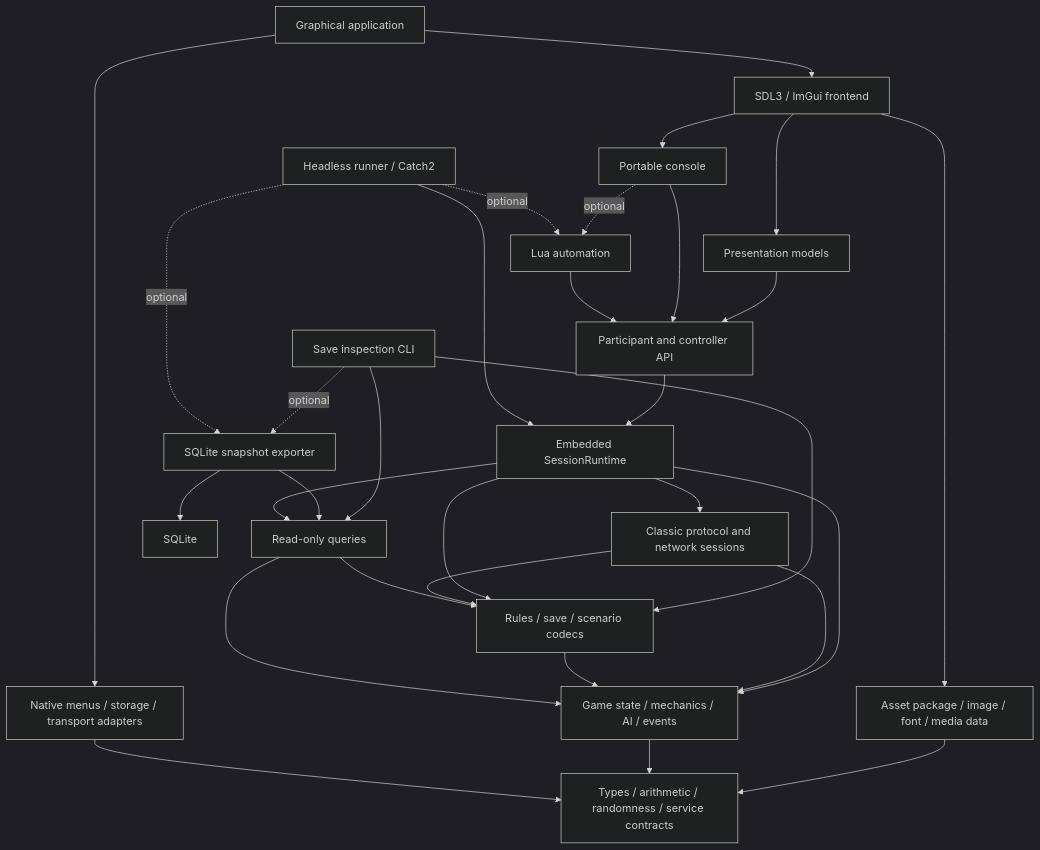
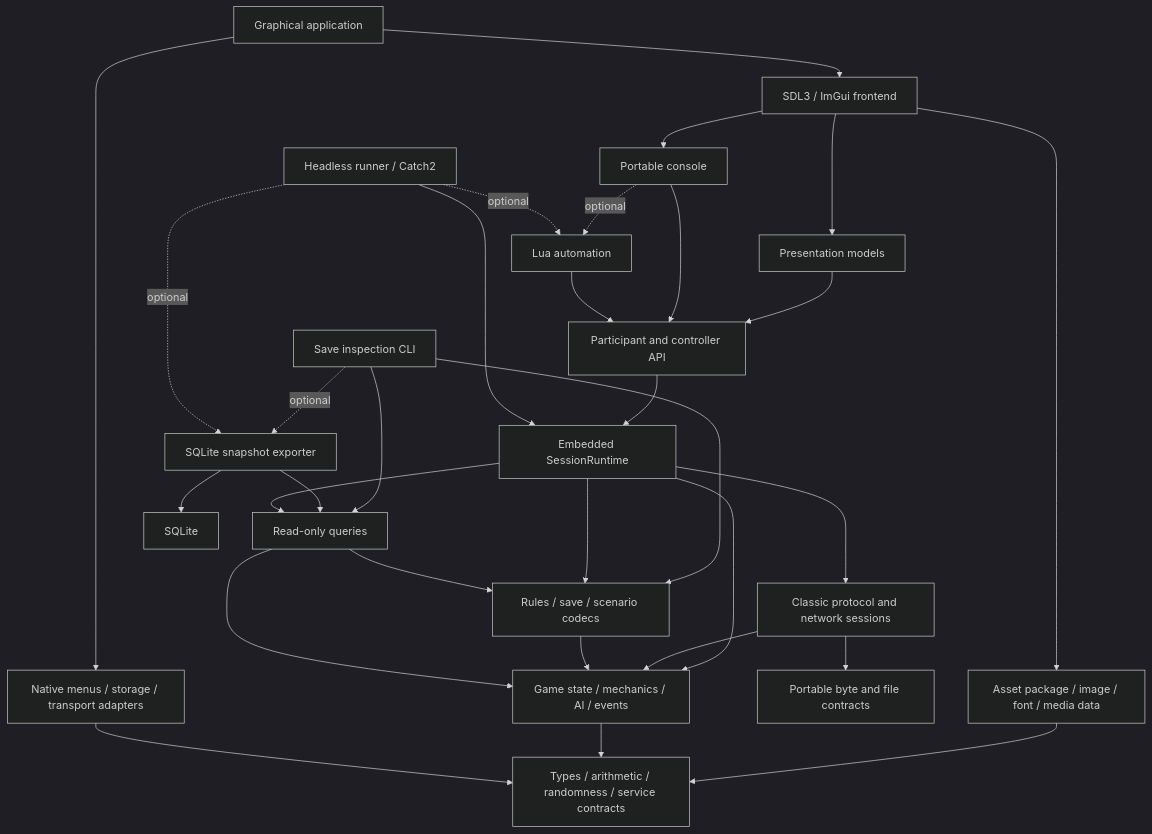
The diagram in docs/architecture.md (PeterJohnson/openciv2-cleanroom), drawn with Mermaid (dark theme) before and after one commit. The commit also changed other lines of this file and 91 other files, not shown here.

````diff
--- a/docs/architecture.md
+++ b/docs/architecture.md
@@ -164,33 +166,33 @@
 ```mermaid
 flowchart TD
     app[Graphical application] --> frontend[SDL3 / ImGui frontend]
     app --> platform[Native menus / storage / transport adapters]
     frontend --> views[Presentation models]
     views --> ports[Participant and controller API]
     ports --> session[Embedded SessionRuntime]
     frontend --> console[Portable console]
     console --> ports
     console -. optional .-> automation[Lua automation]
     automation --> ports
     cli[Save inspection CLI] --> formats[Rules / save / scenario codecs]
     cli --> query
     cli -. optional .-> export[SQLite snapshot exporter]
     export --> query
     export --> sqlite[SQLite]
     runner[Headless runner / Catch2] --> session
     runner -. optional .-> automation
     runner -. optional .-> export
     session --> game[Game state / mechanics / AI / events]
     session --> query[Read-only queries]
     session --> formats
     session --> network[Classic protocol and network sessions]
-    network --> formats
+    network --> io[Portable byte and file contracts]
     network --> game
     formats --> game
     query --> game
     query --> formats
     frontend --> content[Asset package / image / font / media data]
     content --> base[Types / arithmetic / randomness / service contracts]
     game --> base
     platform --> base
 ```
````
